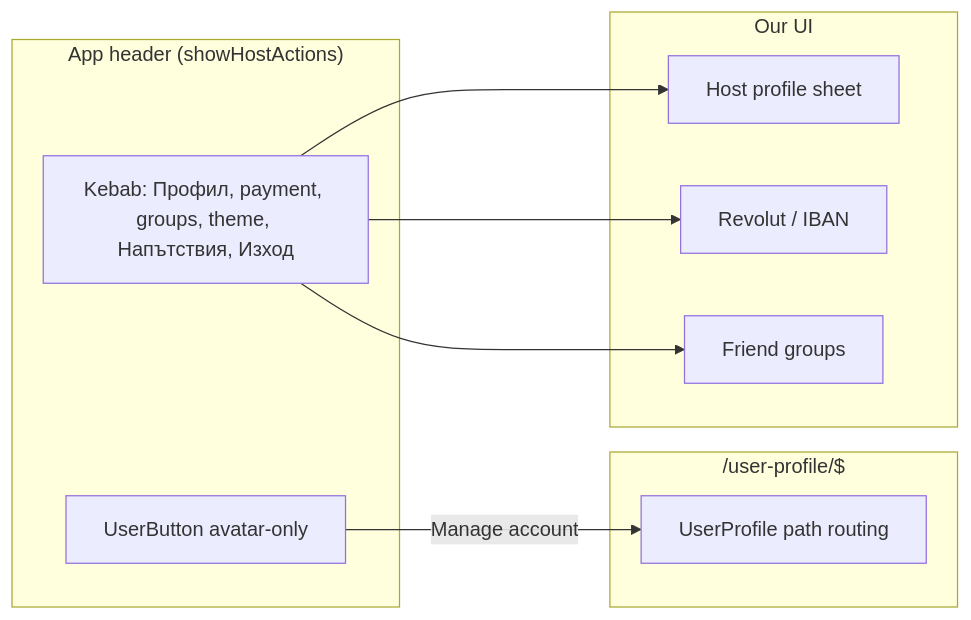
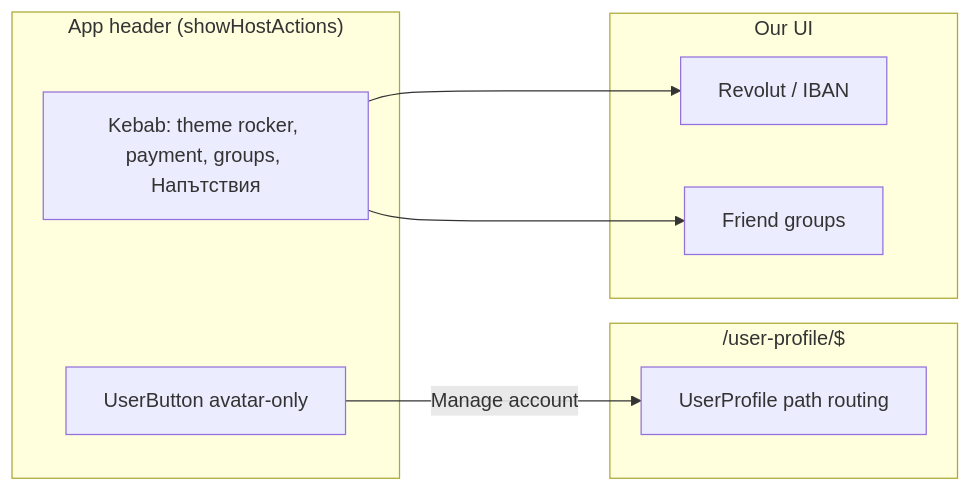
Before and after one commit to HayGrouve/onova-za-smetkata: the diagram in docs/specs/host-account-ui.md, drawn with Mermaid. The commit also changed other lines of this file and 26 other files, not shown here.

First line of the commit message:
Drop kebab Профил/Изход and snapshot Host seats from Auth name.

````diff
--- a/docs/specs/host-account-ui.md
+++ b/docs/specs/host-account-ui.md
@@ -39,19 +41,17 @@
 ```mermaid
 flowchart LR
   subgraph Header["App header (showHostActions)"]
     UB["UserButton avatar-only"]
-    Kebab["Kebab: Профил, payment, groups, theme, Напътствия, Изход"]
+    Kebab["Kebab: theme rocker, payment, groups, Напътствия"]
   end
   subgraph Route["/user-profile/$"]
     UP["UserProfile path routing"]
   end
   subgraph Stay["Our UI"]
-    PS["Host profile sheet"]
     Pay["Revolut / IBAN"]
     FG["Friend groups"]
   end
   UB -->|"Manage account"| UP
-  Kebab --> PS
   Kebab --> Pay
   Kebab --> FG
 ```
````
